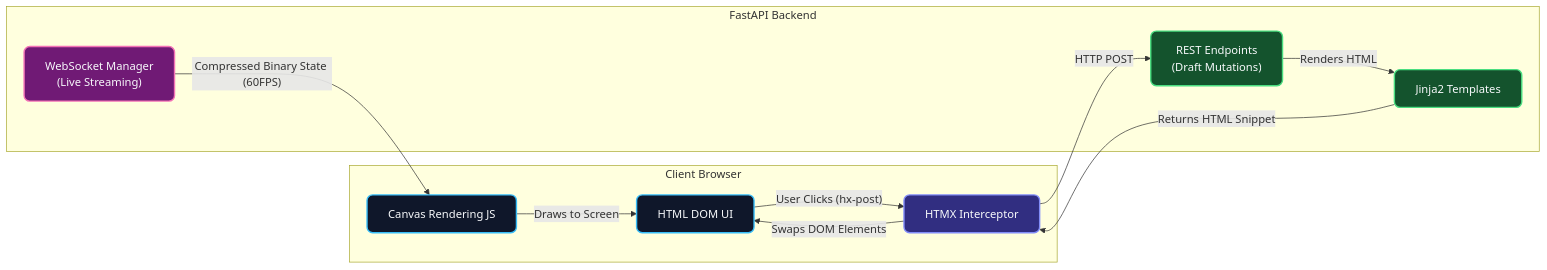
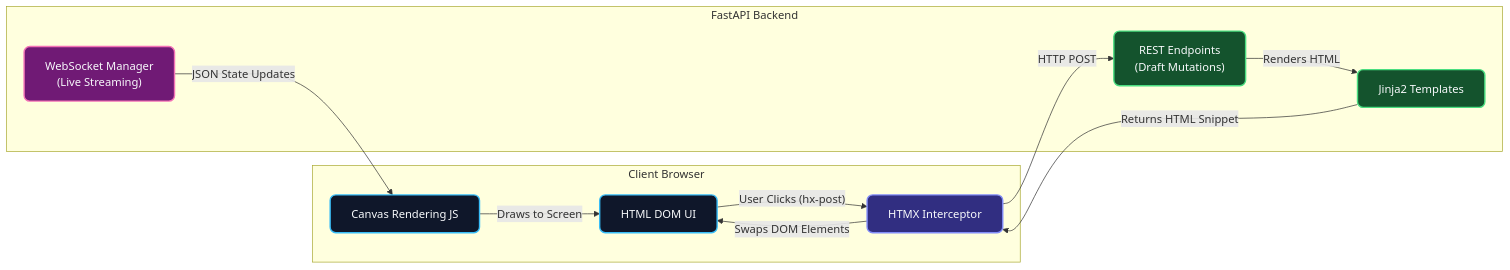
One commit to foersben/PHIDS changed the diagram in docs/technical_architecture/interfaces_and_ui.md. Above: the diagram before and after it, drawn with Mermaid. The commit also changed other lines of this file and 6 other files, not shown here.

````diff
--- a/docs/technical_architecture/interfaces_and_ui.md
+++ b/docs/technical_architecture/interfaces_and_ui.md
@@ -38,29 +38,28 @@
 ```mermaid
 flowchart LR
     %% Base Styling
     classDef browser fill:#0f172a, stroke:#38bdf8, stroke-width:2px, color:#F8FAFC, rx:8px, ry:8px
     classDef htmx fill:#312e81, stroke:#818cf8, stroke-width:2px, color:#F8FAFC, rx:8px, ry:8px
     classDef fastapi fill:#14532d, stroke:#4ade80, stroke-width:2px, color:#F8FAFC, rx:8px, ry:8px
     classDef ws fill:#701a75, stroke:#f472b6, stroke-width:2px, color:#F8FAFC, rx:8px, ry:8px
 
     subgraph Client ["Client Browser"]
         UI["HTML DOM UI"]:::browser
         HTMX["HTMX Interceptor"]:::htmx
         JS["Canvas Rendering JS"]:::browser
     end
 
     subgraph Server ["FastAPI Backend"]
         REST["REST Endpoints<br/>(Draft Mutations)"]:::fastapi
         JINJA["Jinja2 Templates"]:::fastapi
         WS_MGR["WebSocket Manager<br/>(Live Streaming)"]:::ws
     end
 
     UI -- "User Clicks (hx-post)" --> HTMX
     HTMX -- "HTTP POST" --> REST
     REST -- "Renders HTML" --> JINJA
     JINJA -- "Returns HTML Snippet" --> HTMX
     HTMX -- "Swaps DOM Elements" --> UI
-
-    WS_MGR -- "Compressed Binary State (60FPS)" --> JS
+    WS_MGR -- "JSON State Updates" --> JS
     JS -- "Draws to Screen" --> UI
 ```
````
